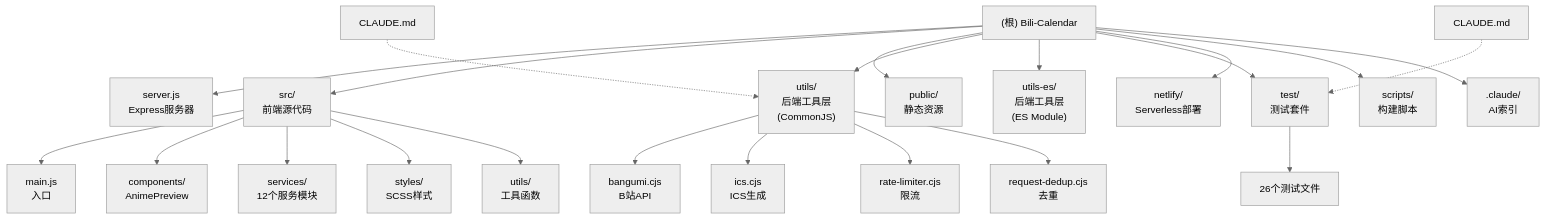
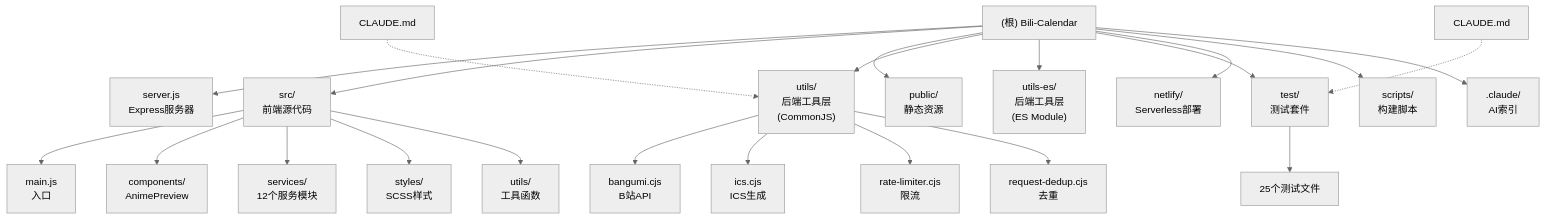
Before and after one commit to Silentely/Bili-Calendar: the diagram in CLAUDE.md, drawn with Mermaid (neutral theme). The commit also changed other lines of this file and 6 other files, not shown here.

````diff
--- a/CLAUDE.md
+++ b/CLAUDE.md
@@ -109,31 +117,31 @@
 ```mermaid
 graph TD
     Root["(根) Bili-Calendar"] --> Server["server.js<br/>Express服务器"]
     Root --> Src["src/<br/>前端源代码"]
     Root --> Public["public/<br/>静态资源"]
     Root --> Utils["utils/<br/>后端工具层<br/>(CommonJS)"]
     Root --> UtilsES["utils-es/<br/>后端工具层<br/>(ES Module)"]
     Root --> Test["test/<br/>测试套件"]
     Root --> Netlify["netlify/<br/>Serverless部署"]
     Root --> Scripts["scripts/<br/>构建脚本"]
     Root --> Claude[".claude/<br/>AI索引"]
 
     Src --> SrcMain["main.js<br/>入口"]
     Src --> SrcComponents["components/<br/>AnimePreview"]
     Src --> SrcServices["services/<br/>12个服务模块"]
     Src --> SrcStyles["styles/<br/>SCSS样式"]
     Src --> SrcUtils["utils/<br/>工具函数"]
 
     Utils --> Bangumi["bangumi.cjs<br/>B站API"]
     Utils --> Ics["ics.cjs<br/>ICS生成"]
     Utils --> RateLimiter["rate-limiter.cjs<br/>限流"]
     Utils --> RequestDedup["request-dedup.cjs<br/>去重"]
 
-    Test --> TestFiles["26个测试文件"]
+    Test --> TestFiles["25个测试文件"]
 
     UtilsCLAUDE["CLAUDE.md"] -.-> Utils
     TestCLAUDE["CLAUDE.md"] -.-> Test
 
     click Utils "./utils/CLAUDE.md" "查看工具层文档"
     click Test "./test/CLAUDE.md" "查看测试文档"
 ```
````
